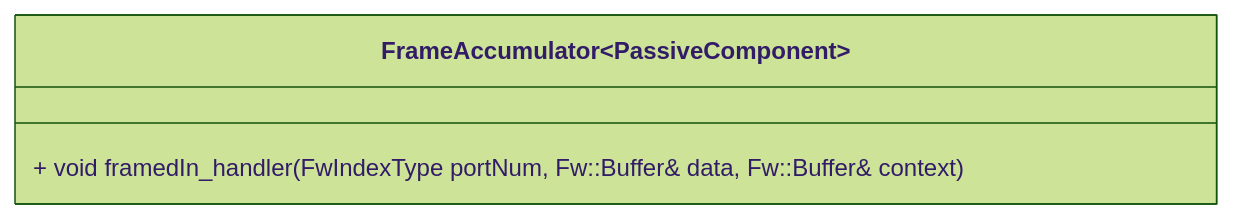
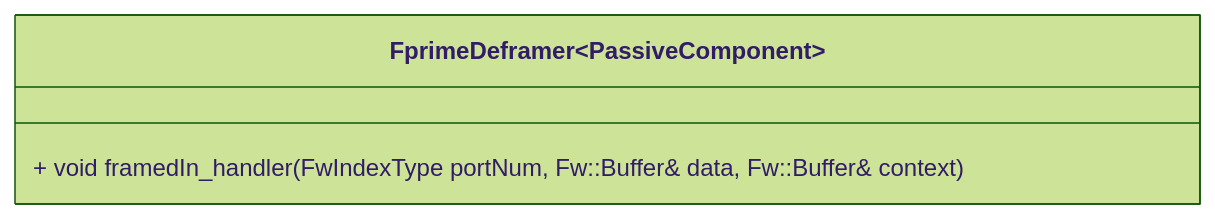
The second of 2 diagrams in Svc/FprimeDeframer/docs/sdd.md (nasa/fprime), drawn with Mermaid (forest theme) before and after one commit. The commit also changed other lines of this file and 6 other files, not shown here.

````diff
--- a/Svc/FprimeDeframer/docs/sdd.md
+++ b/Svc/FprimeDeframer/docs/sdd.md
@@ -27,6 +46,6 @@
 ```mermaid
 classDiagram
-    class FrameAccumulator~PassiveComponent~ {
+    class FprimeDeframer~PassiveComponent~ {
         + void framedIn_handler(FwIndexType portNum, Fw::Buffer& data, Fw::Buffer& context)
     }
 ```
````
